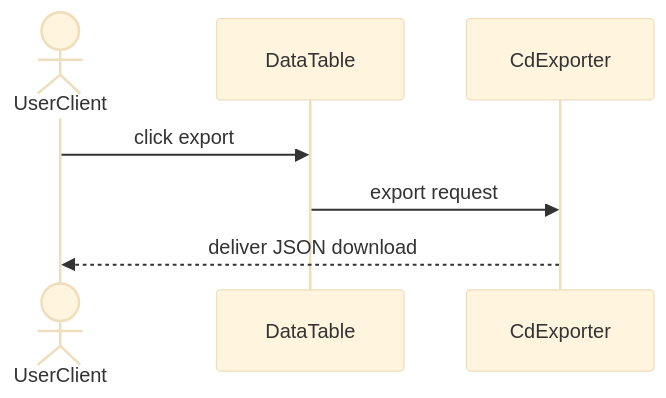
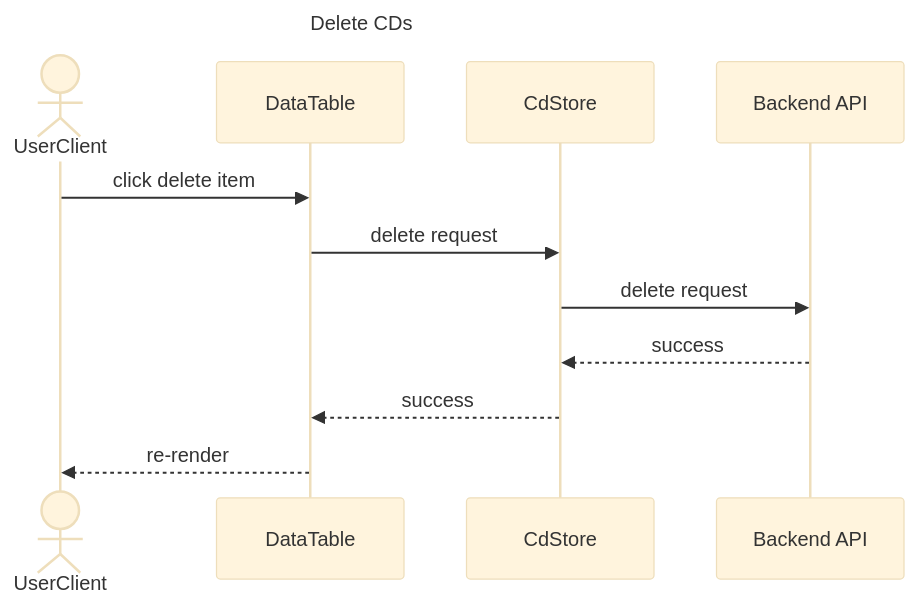
One commit to DHBW-TINF24F/Team1-BaSyx-ConceptDescription-Manager changed the fifth of 6 diagrams in PROJECT/SAS/SAS.md. Above: the diagram before and after it, drawn with Mermaid (base theme). The commit also changed other lines of this file, not shown here.

````diff
--- a/PROJECT/SAS/SAS.md
+++ b/PROJECT/SAS/SAS.md
@@ -196,10 +234,16 @@
 ```mermaid
 sequenceDiagram
+    title Delete CDs
+    
     actor UC as UserClient
     participant DT as DataTable
-    participant EXPO as CdExporter
+    participant Store as CdStore
+    participant API as Backend API
 
-    UC->>DT: click export
-    DT->>EXPO: export request
-    EXPO-->>UC: deliver JSON download
+    UC->>DT: click delete item
+    DT->>Store: delete request
+    Store->>API: delete request
+    API-->>Store: success
+    Store-->>DT: success
+    DT-->>UC: re-render
 ```
````
